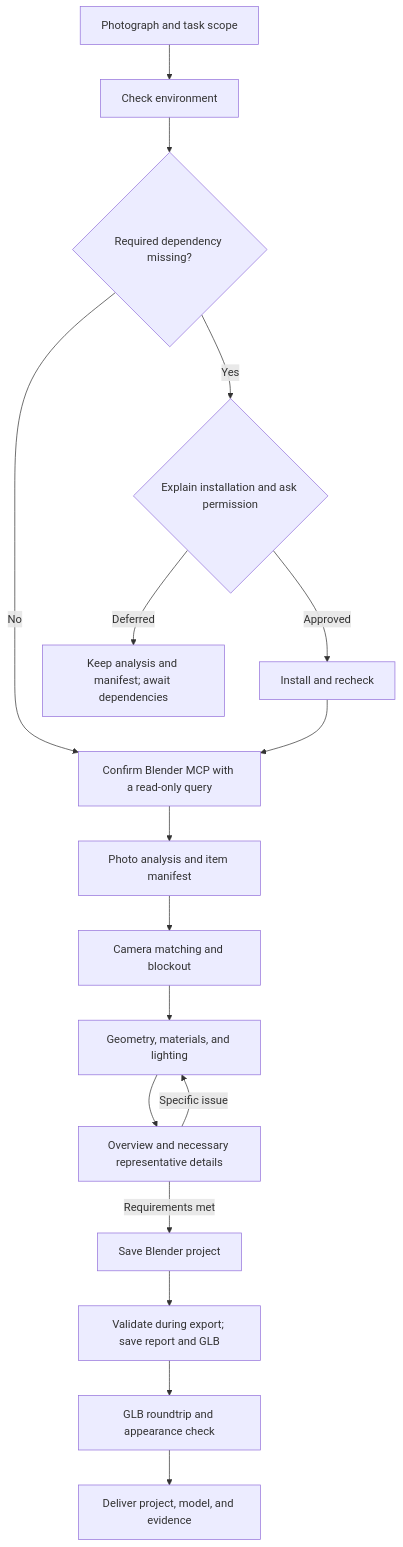
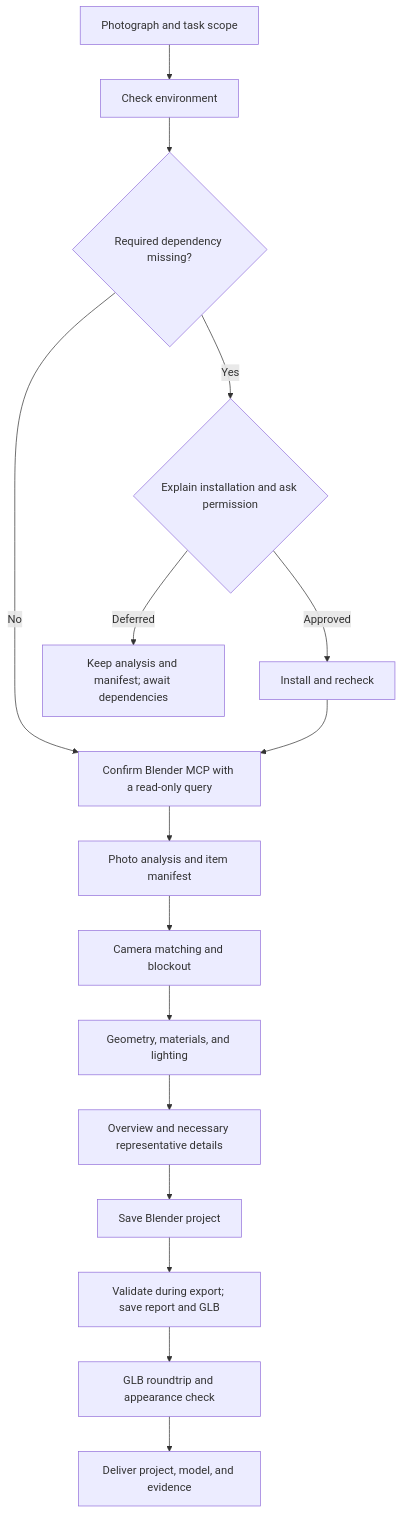
One commit to yuzisama224/blender-photo-scene changed the diagram in README.en.md. Above: the diagram before and after it, drawn with Mermaid. The commit also changed other lines of this file and 1 other file, not shown here.

Commit message:
Simplify workflow diagram routing for GitHub rendering

````diff
--- a/README.en.md
+++ b/README.en.md
@@ -54,19 +54,18 @@
 ```mermaid
 flowchart TD
     reference["Photograph and task scope"] --> preflight["Check environment"]
     preflight --> missing{"Required dependency missing?"}
     missing -->|"Yes"| approval{"Explain installation and ask permission"}
     approval -->|"Approved"| install["Install and recheck"]
     approval -->|"Deferred"| pause["Keep analysis and manifest; await dependencies"]
     missing -->|"No"| connection["Confirm Blender MCP with a read-only query"]
     install --> connection
     connection --> manifest["Photo analysis and item manifest"]
     manifest --> blockout["Camera matching and blockout"]
     blockout --> modeling["Geometry, materials, and lighting"]
     modeling --> preview["Overview and necessary representative details"]
-    preview -->|"Specific issue"| modeling
-    preview -->|"Requirements met"| saveScene["Save Blender project"]
+    preview --> saveScene["Save Blender project"]
     saveScene --> exportScene["Validate during export; save report and GLB"]
     exportScene --> roundtrip["GLB roundtrip and appearance check"]
     roundtrip --> delivery["Deliver project, model, and evidence"]
 ```
````
